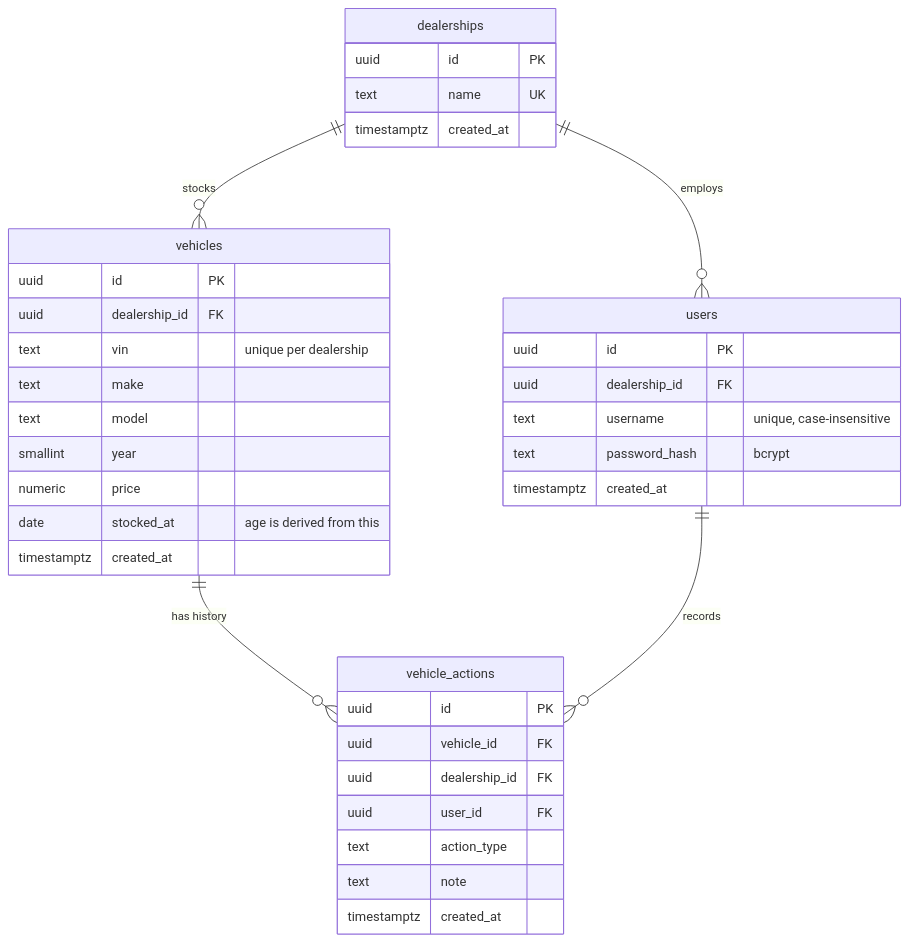
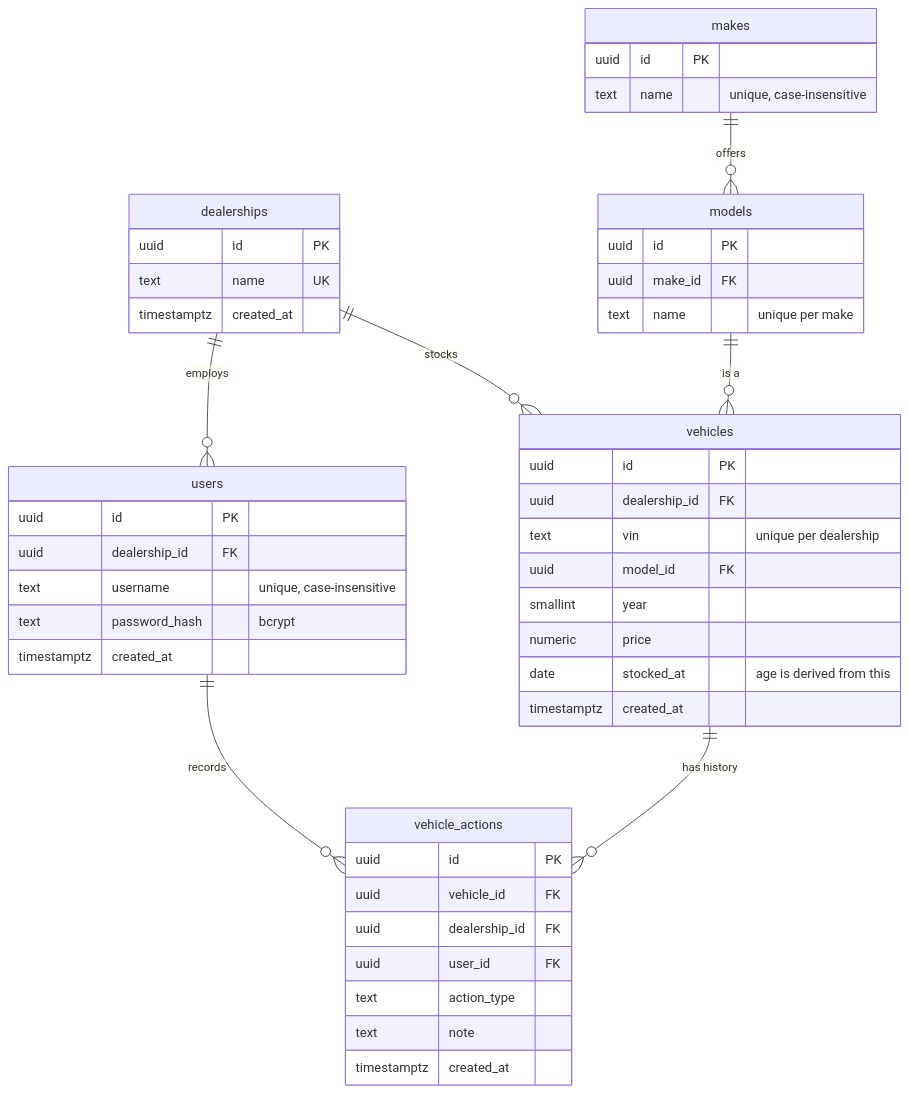
Before and after one commit to bluesky2106/keyloop-coding-challenge: the diagram in docs/database-design.md, drawn with Mermaid. The commit also changed other lines of this file and 4 other files, not shown here.

First line of the commit message:
Normalise make and model into a catalog; document dealership access

````diff
--- a/docs/database-design.md
+++ b/docs/database-design.md
@@ -7,40 +7,50 @@
 ```mermaid
 erDiagram
     dealerships ||--o{ users : employs
     dealerships ||--o{ vehicles : stocks
+    makes ||--o{ models : offers
+    models ||--o{ vehicles : "is a"
     vehicles ||--o{ vehicle_actions : "has history"
     users ||--o{ vehicle_actions : records
 
     dealerships {
         uuid id PK
         text name UK
         timestamptz created_at
     }
     users {
         uuid id PK
         uuid dealership_id FK
         text username "unique, case-insensitive"
         text password_hash "bcrypt"
         timestamptz created_at
     }
+    makes {
+        uuid id PK
+        text name "unique, case-insensitive"
+    }
+    models {
+        uuid id PK
+        uuid make_id FK
+        text name "unique per make"
+    }
     vehicles {
         uuid id PK
         uuid dealership_id FK
         text vin "unique per dealership"
-        text make
-        text model
+        uuid model_id FK
         smallint year
         numeric price
         date stocked_at "age is derived from this"
         timestamptz created_at
     }
     vehicle_actions {
         uuid id PK
         uuid vehicle_id FK
         uuid dealership_id FK
         uuid user_id FK
         text action_type
         text note
         timestamptz created_at
     }
 ```
````
